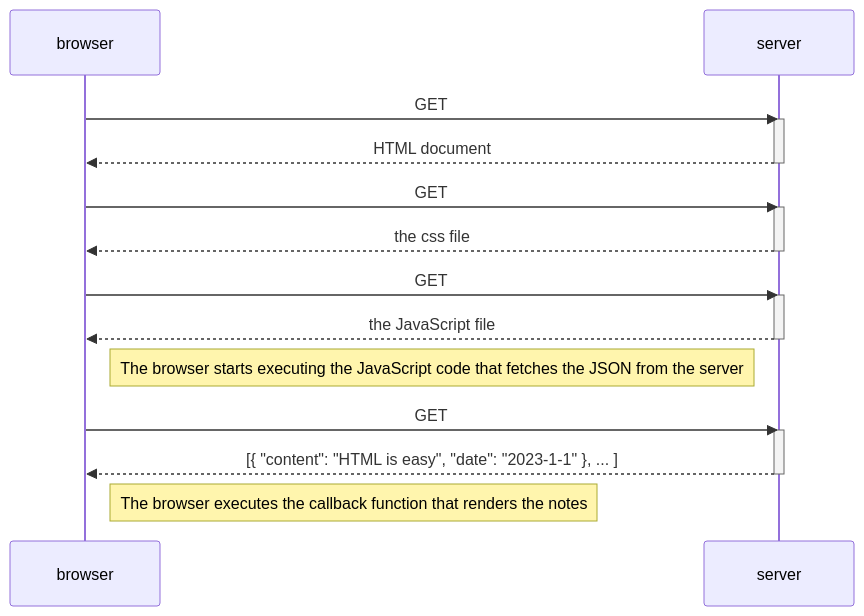
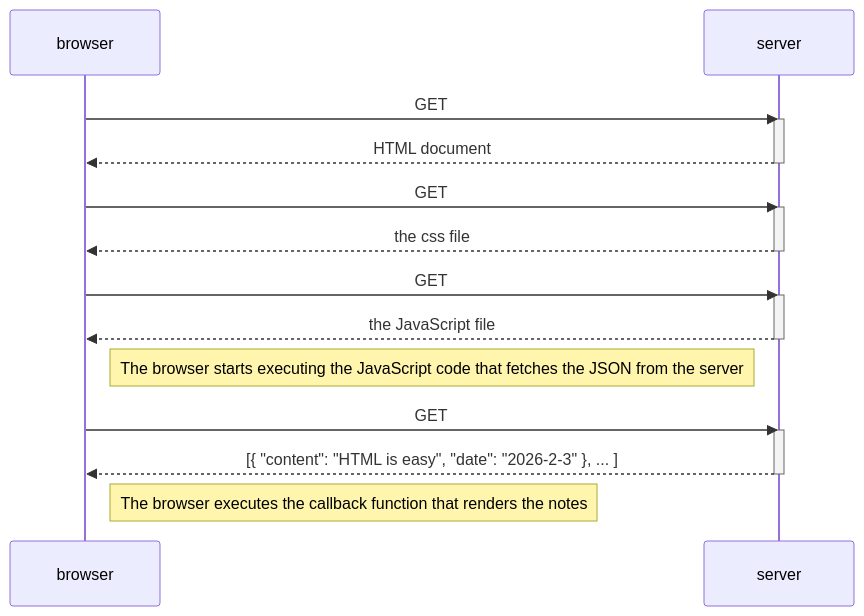
One commit to 2006navathej/fullstackopen changed the diagram in part0/0.5.md. Above: the diagram before and after it, drawn with Mermaid.

````diff
--- a/part0/0.5.md
+++ b/part0/0.5.md
@@ -1,29 +1,29 @@
 ```mermaid
 sequenceDiagram
     participant browser
     participant server
 
     browser->>server: GET 
     activate server
     server-->>browser: HTML document
     deactivate server
 
     browser->>server: GET
     activate server
     server-->>browser: the css file
     deactivate server
 
     browser->>server: GET 
     activate server
     server-->>browser: the JavaScript file
     deactivate server
 
     Note right of browser: The browser starts executing the JavaScript code that fetches the JSON from the server
 
     browser->>server: GET 
     activate server
-    server-->>browser: [{ "content": "HTML is easy", "date": "2023-1-1" }, ... ]
+    server-->>browser: [{ "content": "HTML is easy", "date": "2026-2-3" }, ... ]
     deactivate server
 
     Note right of browser: The browser executes the callback function that renders the notes
 ```
````
